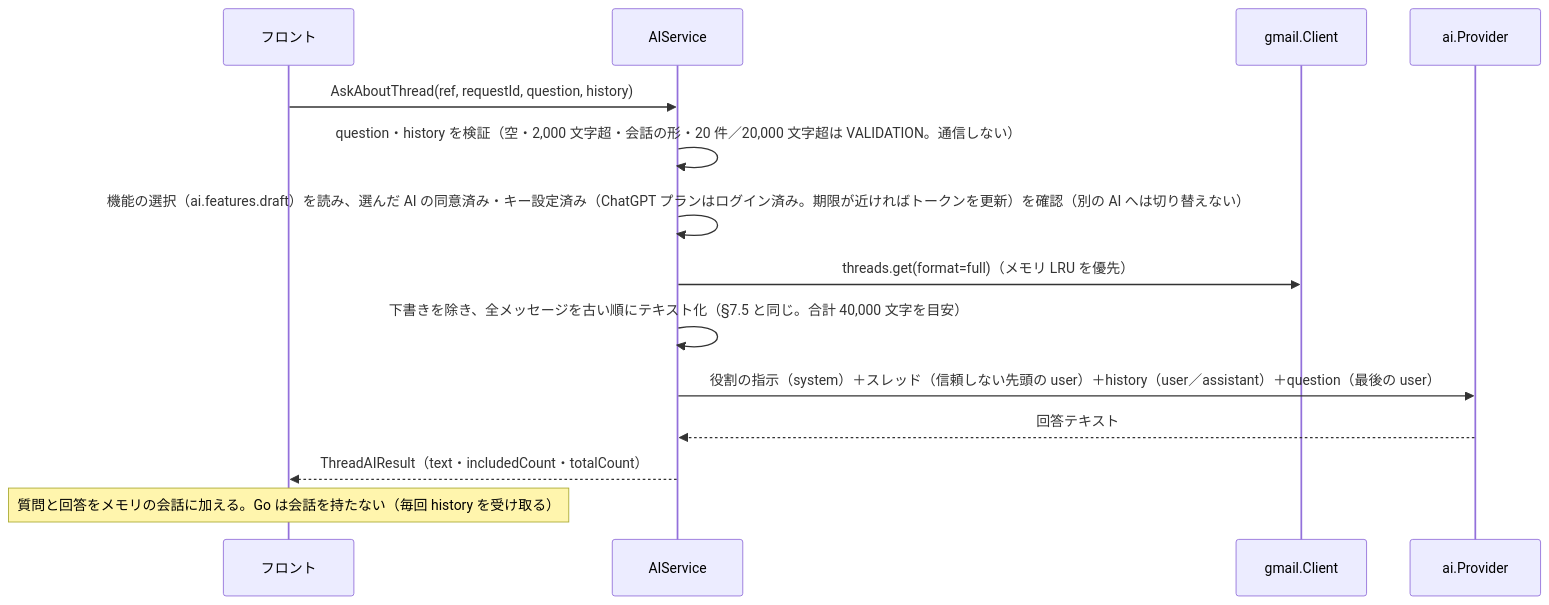
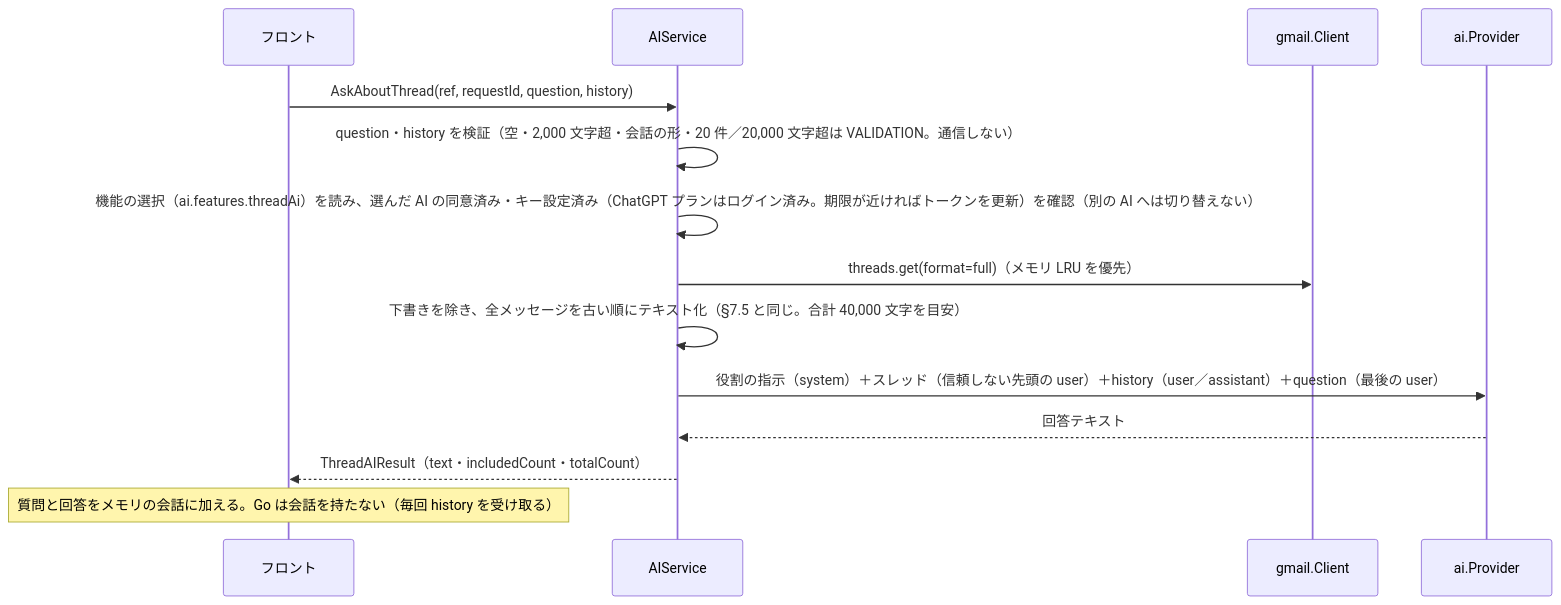
Before and after one commit to ousiassllc/hitomado: the ninth of 10 diagrams in docs/architecture/overview.md, drawn with Mermaid. The commit also changed other lines of this file and 73 other files, not shown here.

````diff
--- a/docs/architecture/overview.md
+++ b/docs/architecture/overview.md
@@ -366,16 +366,16 @@
 ```mermaid
 sequenceDiagram
   participant FE as フロント
   participant AI as AIService
   participant GM as gmail.Client
   participant PV as ai.Provider
   FE->>AI: AskAboutThread(ref, requestId, question, history)
   AI->>AI: question・history を検証（空・2,000 文字超・会話の形・20 件／20,000 文字超は VALIDATION。通信しない）
-  AI->>AI: 機能の選択（ai.features.draft）を読み、選んだ AI の同意済み・キー設定済み（ChatGPT プランはログイン済み。期限が近ければトークンを更新）を確認（別の AI へは切り替えない）
+  AI->>AI: 機能の選択（ai.features.threadAi）を読み、選んだ AI の同意済み・キー設定済み（ChatGPT プランはログイン済み。期限が近ければトークンを更新）を確認（別の AI へは切り替えない）
   AI->>GM: threads.get(format=full)（メモリ LRU を優先）
   AI->>AI: 下書きを除き、全メッセージを古い順にテキスト化（§7.5 と同じ。合計 40,000 文字を目安）
   AI->>PV: 役割の指示（system）＋スレッド（信頼しない先頭の user）＋history（user／assistant）＋question（最後の user）
   PV-->>AI: 回答テキスト
   AI-->>FE: ThreadAIResult（text・includedCount・totalCount）
   Note over FE: 質問と回答をメモリの会話に加える。Go は会話を持たない（毎回 history を受け取る）
 ```
````
